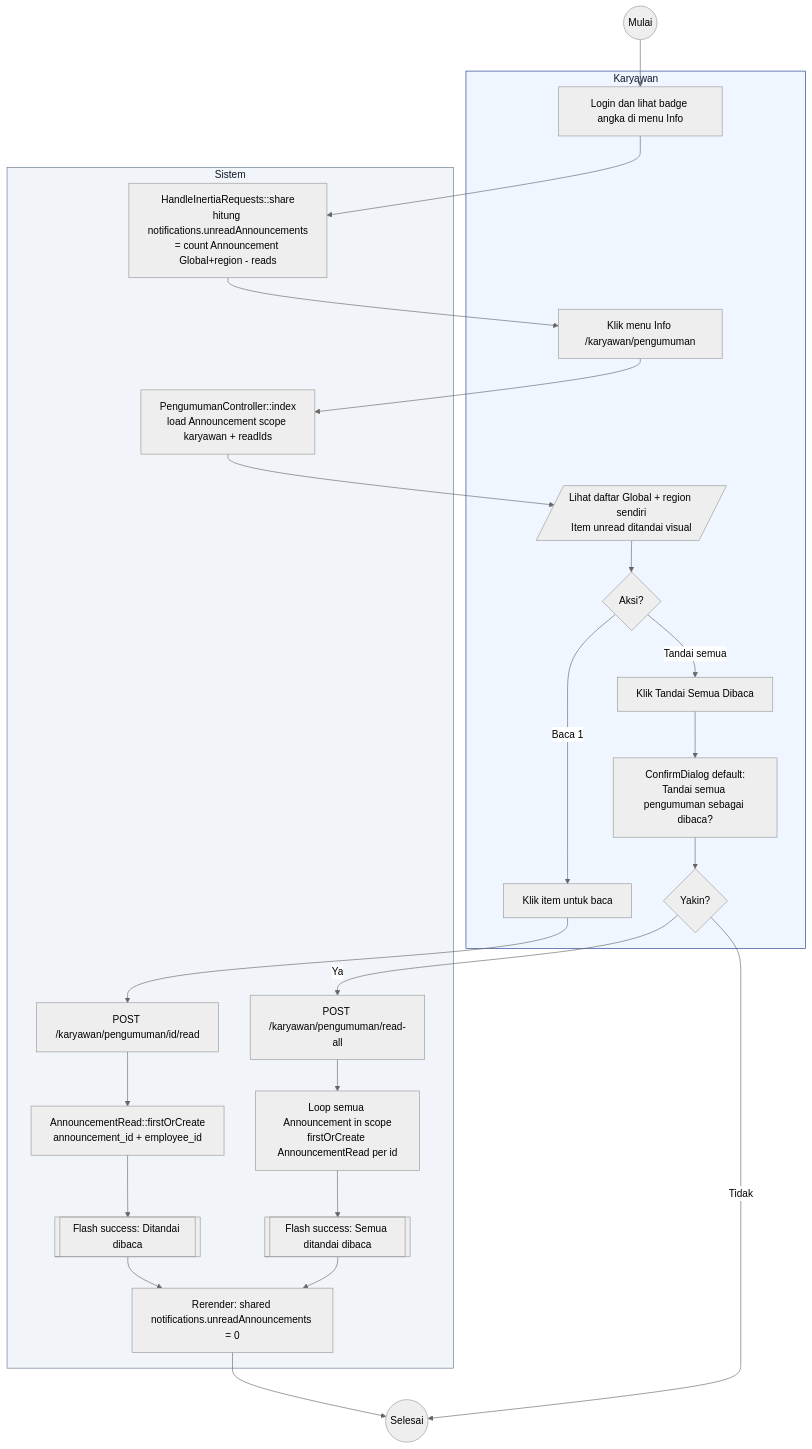
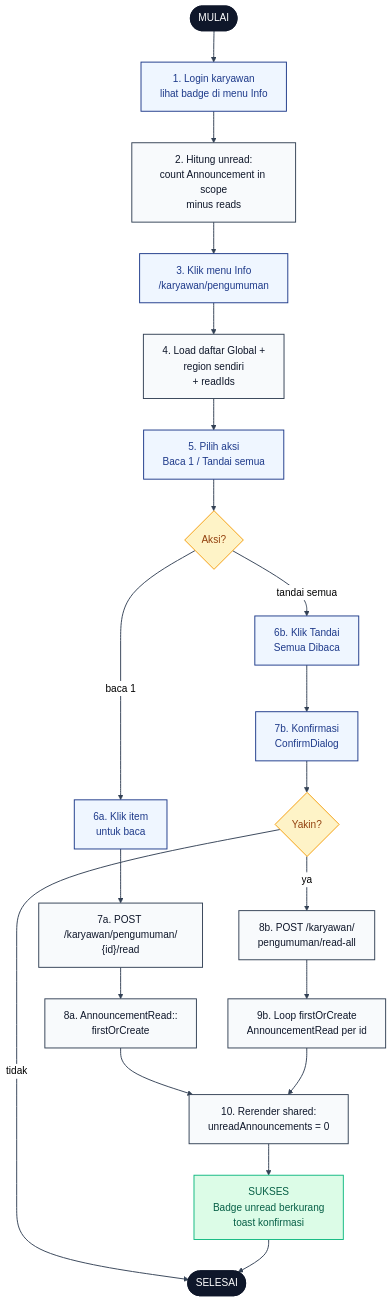
One commit to radacore/absensi-pu changed the diagram in docs/activity-diagrams/16-pengumuman-karyawan.md. Above: the diagram before and after it, drawn with Mermaid (neutral theme). The commit also changed other lines of this file and 22 other files, not shown here.

First line of the commit message:
docs(diagram): terapkan pola mermaid flowchart TD ke 23 diagram sisanya

````diff
--- a/docs/activity-diagrams/16-pengumuman-karyawan.md
+++ b/docs/activity-diagrams/16-pengumuman-karyawan.md
@@ -11,52 +11,59 @@
 ```mermaid
 flowchart TD
-    Start((Mulai)) --> K1
+    START([MULAI]):::se
 
-    subgraph Karyawan[Karyawan]
-        K1[Login dan lihat badge angka di menu Info]
-        K2[Klik menu Info /karyawan/pengumuman]
-        K3[/Lihat daftar Global + region sendiri<br/>Item unread ditandai visual/]
-        K4{Aksi?}
-        K5[Klik item untuk baca]
-        K6[Klik Tandai Semua Dibaca]
-        K7[ConfirmDialog default:<br/>Tandai semua pengumuman sebagai dibaca?]
-        K8{Yakin?}
-    end
+    A1["1. Login karyawan<br/>lihat badge di menu Info"]:::user
+    S1["2. Hitung unread:<br/>count Announcement in scope<br/>minus reads"]:::sys
 
-    subgraph Sistem[Sistem]
-        S1[HandleInertiaRequests::share<br/>hitung notifications.unreadAnnouncements<br/>= count Announcement Global+region - reads]
-        S2[PengumumanController::index<br/>load Announcement scope karyawan + readIds]
-        S3[POST /karyawan/pengumuman/id/read]
-        S4[AnnouncementRead::firstOrCreate<br/>announcement_id + employee_id]
-        S5[[Flash success: Ditandai dibaca]]
-        S6[POST /karyawan/pengumuman/read-all]
-        S7[Loop semua Announcement in scope<br/>firstOrCreate AnnouncementRead per id]
-        S8[[Flash success: Semua ditandai dibaca]]
-        S9[Rerender: shared notifications.unreadAnnouncements = 0]
-    end
+    A2["3. Klik menu Info<br/>/karyawan/pengumuman"]:::user
+    S2["4. Load daftar Global +<br/>region sendiri<br/>+ readIds"]:::sys
+    A3["5. Pilih aksi<br/>Baca 1 / Tandai semua"]:::user
 
-    K1 --> S1
-    S1 --> K2
-    K2 --> S2
-    S2 --> K3
-    K3 --> K4
-    K4 -->|Baca 1| K5
-    K5 --> S3
+    D1{"Aksi?"}:::dec
+
+    A4["6a. Klik item<br/>untuk baca"]:::user
+    S3["7a. POST /karyawan/pengumuman/<br/>{id}/read"]:::sys
+    S4["8a. AnnouncementRead::<br/>firstOrCreate"]:::sys
+
+    A5["6b. Klik Tandai<br/>Semua Dibaca"]:::user
+    A6["7b. Konfirmasi<br/>ConfirmDialog"]:::user
+    D2{"Yakin?"}:::dec
+    S5["8b. POST /karyawan/<br/>pengumuman/read-all"]:::sys
+    S6["9b. Loop firstOrCreate<br/>AnnouncementRead per id"]:::sys
+
+    S7["10. Rerender shared:<br/>unreadAnnouncements = 0"]:::sys
+    OK["SUKSES<br/>Badge unread berkurang<br/>toast konfirmasi"]:::ok
+    END([SELESAI]):::se
+
+    START --> A1
+    A1 --> S1
+    S1 --> A2
+    A2 --> S2
+    S2 --> A3
+    A3 --> D1
+
+    D1 -->|baca 1| A4
+    A4 --> S3
     S3 --> S4
-    S4 --> S5
-    S5 --> S9
-    S9 --> End((Selesai))
-    K4 -->|Tandai semua| K6
-    K6 --> K7
-    K7 --> K8
-    K8 -->|Tidak| End
-    K8 -->|Ya| S6
+    S4 --> S7
+
+    D1 -->|tandai semua| A5
+    A5 --> A6
+    A6 --> D2
+    D2 -->|tidak| END
+    D2 -->|ya| S5
+    S5 --> S6
     S6 --> S7
-    S7 --> S8
-    S8 --> S9
 
-    classDef actor fill:#EFF6FF,stroke:#1E3A8A,stroke-width:1px,color:#0F172A
-    classDef system fill:#F1F5F9,stroke:#64748B,stroke-width:1px,color:#0F172A
-    class Karyawan actor
-    class Sistem system
+    S7 --> OK
+    OK --> END
+
+    classDef se fill:#0F172A,stroke:#0F172A,color:#fff,stroke-width:2px
+    classDef user fill:#EFF6FF,stroke:#1E3A8A,color:#1E3A8A,stroke-width:1.5px
+    classDef sys fill:#F8FAFC,stroke:#334155,color:#0F172A,stroke-width:1.5px
+    classDef dec fill:#FEF3C7,stroke:#F59E0B,color:#92400E,stroke-width:1.5px
+    classDef err fill:#FEE2E2,stroke:#EF4444,color:#991B1B,stroke-width:1.5px
+    classDef ok fill:#DCFCE7,stroke:#10B981,color:#065F46,stroke-width:1.5px
+
+    linkStyle default stroke:#334155,stroke-width:1.5px
 ```
````
